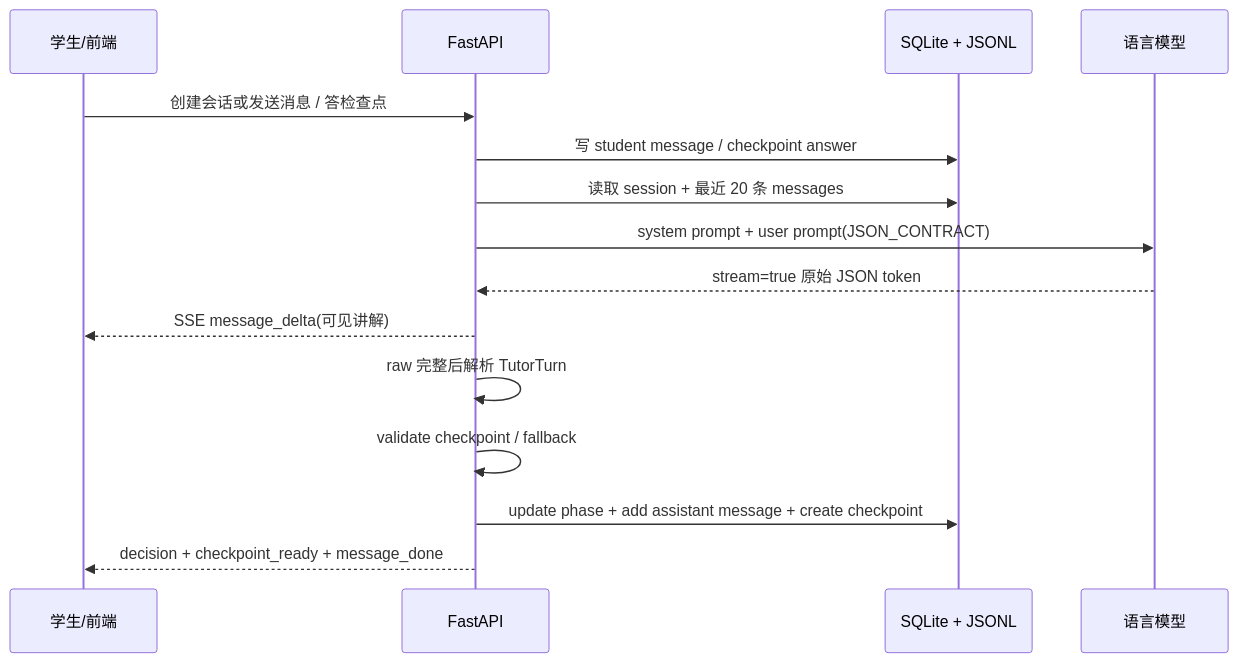
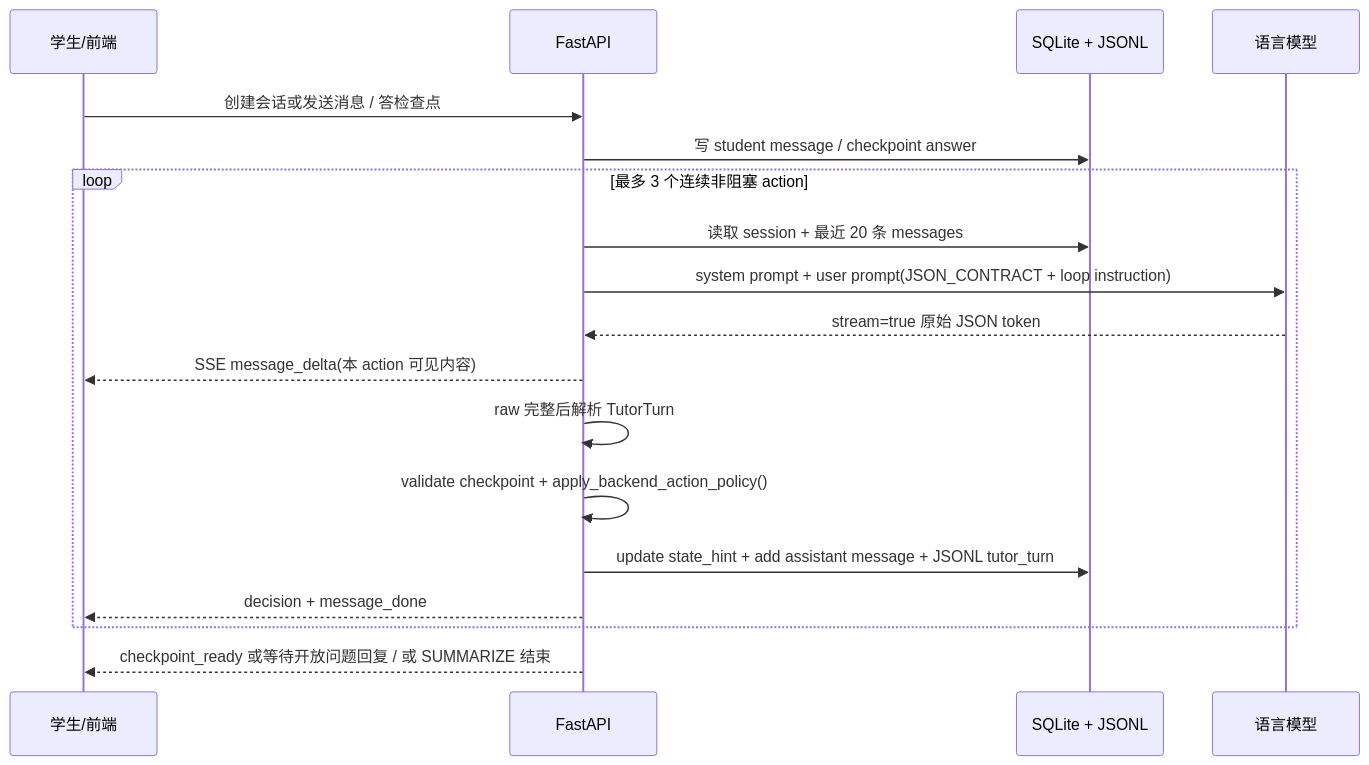
Before and after one commit to robbinpanda/Diagnostic-teaching: the diagram in docs/state-machine.md, drawn with Mermaid. The commit also changed other lines of this file and 13 other files, not shown here.

````diff
--- a/docs/state-machine.md
+++ b/docs/state-machine.md
@@ -18,18 +20,21 @@
 ```mermaid
 sequenceDiagram
   participant Student as 学生/前端
   participant API as FastAPI
   participant Store as SQLite + JSONL
   participant LLM as 语言模型
 
   Student->>API: 创建会话或发送消息 / 答检查点
   API->>Store: 写 student message / checkpoint answer
-  API->>Store: 读取 session + 最近 20 条 messages
-  API->>LLM: system prompt + user prompt(JSON_CONTRACT)
-  LLM-->>API: stream=true 原始 JSON token
-  API-->>Student: SSE message_delta(可见讲解)
-  API->>API: raw 完整后解析 TutorTurn
-  API->>API: validate checkpoint / fallback
-  API->>Store: update phase + add assistant message + create checkpoint
-  API-->>Student: decision + checkpoint_ready + message_done
+  loop 最多 3 个连续非阻塞 action
+    API->>Store: 读取 session + 最近 20 条 messages
+    API->>LLM: system prompt + user prompt(JSON_CONTRACT + loop instruction)
+    LLM-->>API: stream=true 原始 JSON token
+    API-->>Student: SSE message_delta(本 action 可见内容)
+    API->>API: raw 完整后解析 TutorTurn
+    API->>API: validate checkpoint + apply_backend_action_policy()
+    API->>Store: update state_hint + add assistant message + JSONL tutor_turn
+    API-->>Student: decision + message_done
+  end
+  API-->>Student: checkpoint_ready 或等待开放问题回复 / 或 SUMMARIZE 结束
 ```
````
